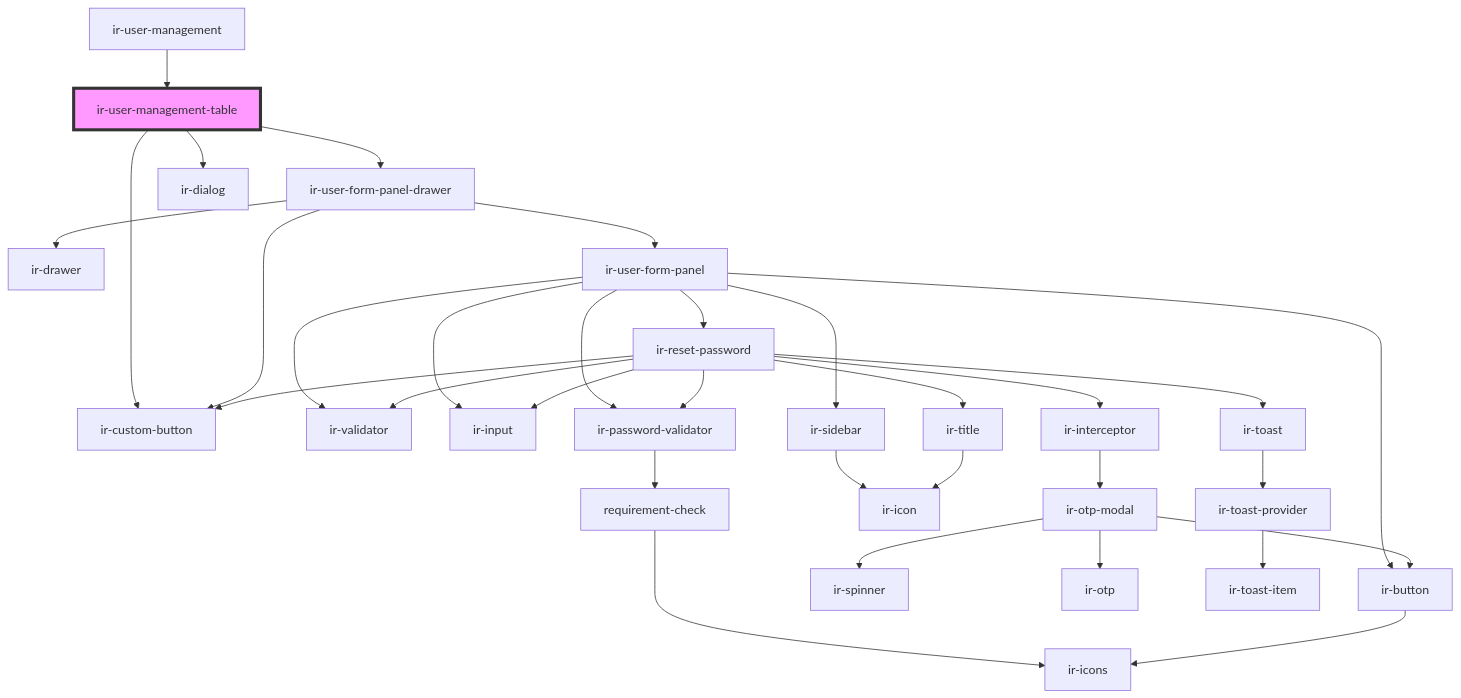
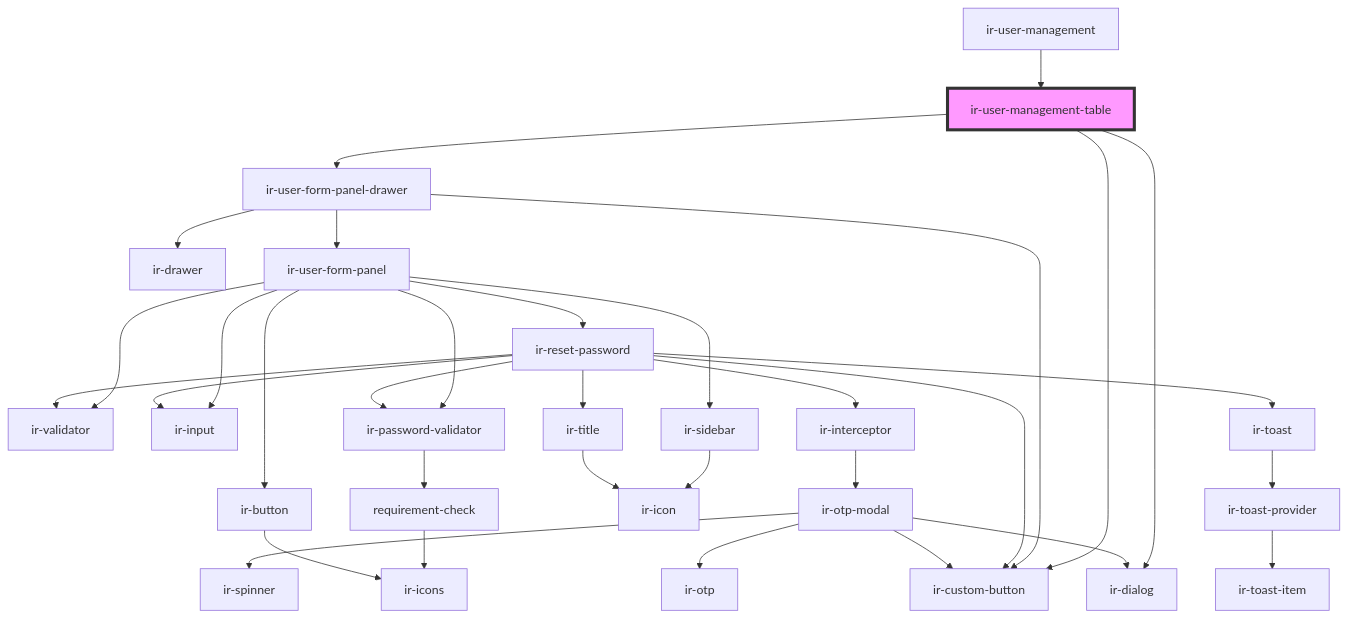
One commit to RonyRizk/ir-webcmp changed the diagram in src/components/ir-user-management/ir-user-management-table/readme.md. Above: the diagram before and after it, drawn with Mermaid. The commit also changed 51 other files, not shown here.

````diff
--- a/src/components/ir-user-management/ir-user-management-table/readme.md
+++ b/src/components/ir-user-management/ir-user-management-table/readme.md
@@ -43,35 +43,36 @@
 ```mermaid
 graph TD;
   ir-user-management-table --> ir-custom-button
   ir-user-management-table --> ir-user-form-panel-drawer
   ir-user-management-table --> ir-dialog
   ir-user-form-panel-drawer --> ir-drawer
   ir-user-form-panel-drawer --> ir-user-form-panel
   ir-user-form-panel-drawer --> ir-custom-button
   ir-user-form-panel --> ir-validator
   ir-user-form-panel --> ir-input
   ir-user-form-panel --> ir-password-validator
   ir-user-form-panel --> ir-button
   ir-user-form-panel --> ir-sidebar
   ir-user-form-panel --> ir-reset-password
   ir-password-validator --> requirement-check
   requirement-check --> ir-icons
   ir-button --> ir-icons
   ir-sidebar --> ir-icon
   ir-reset-password --> ir-interceptor
   ir-reset-password --> ir-toast
   ir-reset-password --> ir-title
   ir-reset-password --> ir-validator
   ir-reset-password --> ir-input
   ir-reset-password --> ir-password-validator
   ir-reset-password --> ir-custom-button
   ir-interceptor --> ir-otp-modal
+  ir-otp-modal --> ir-dialog
   ir-otp-modal --> ir-spinner
   ir-otp-modal --> ir-otp
-  ir-otp-modal --> ir-button
+  ir-otp-modal --> ir-custom-button
   ir-toast --> ir-toast-provider
   ir-toast-provider --> ir-toast-item
   ir-title --> ir-icon
   ir-user-management --> ir-user-management-table
   style ir-user-management-table fill:#f9f,stroke:#333,stroke-width:4px
 ```
````
